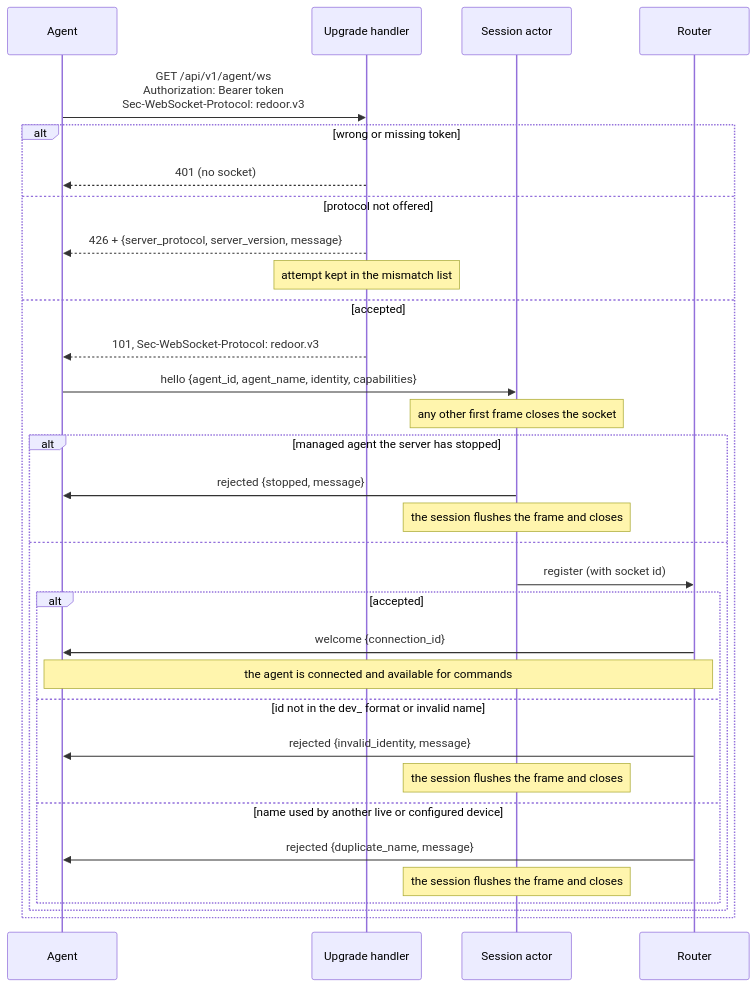
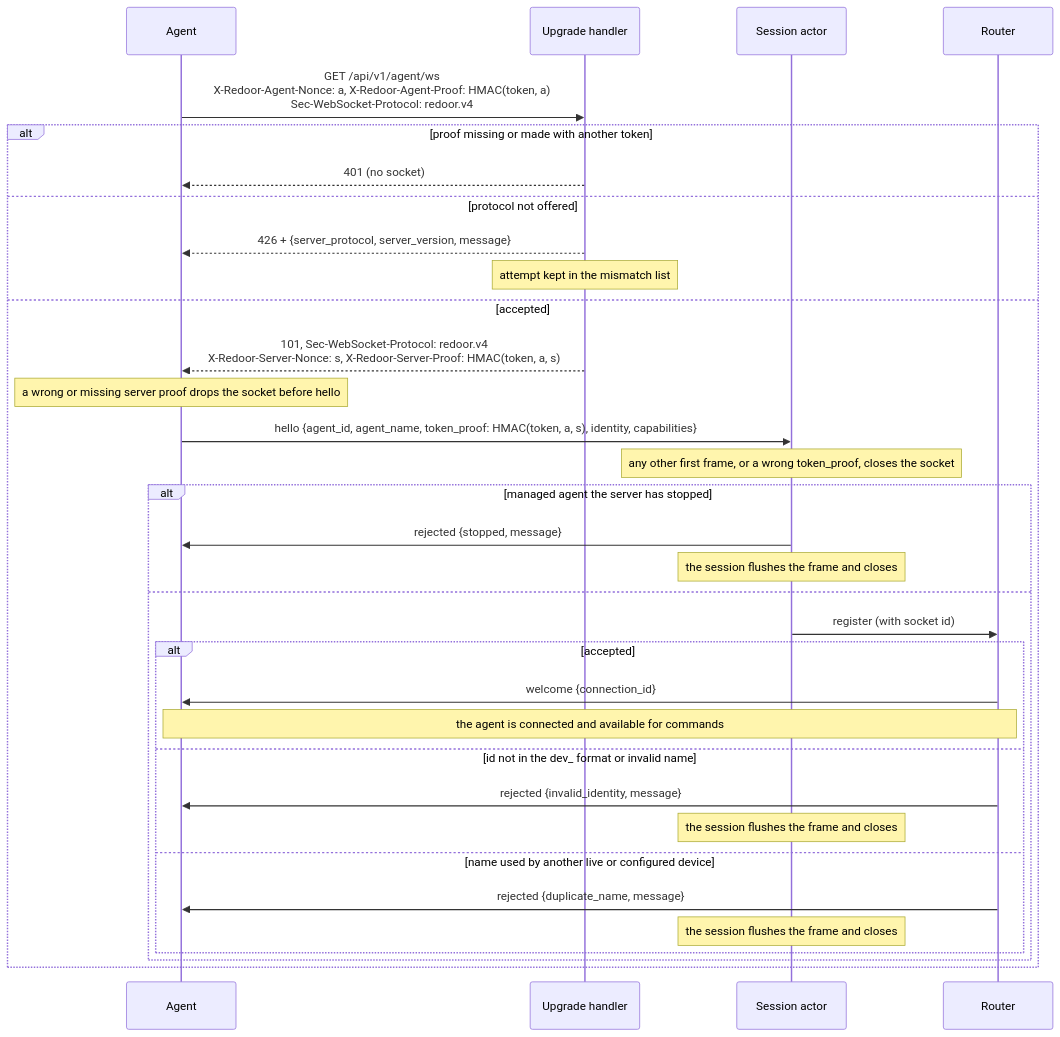
The fourth of 11 diagrams in ARCHITECTURE.md (esamattis/redoor), drawn with Mermaid before and after one commit. The commit also changed other lines of this file and 14 other files, not shown here.

````diff
--- a/ARCHITECTURE.md
+++ b/ARCHITECTURE.md
@@ -555,35 +560,36 @@
 ```mermaid
 sequenceDiagram
     participant A as Agent
     participant H as Upgrade handler
     participant S as Session actor
     participant R as Router
 
-    A->>H: GET /api/v1/agent/ws<br/>Authorization: Bearer token<br/>Sec-WebSocket-Protocol: redoor.v3
-    alt wrong or missing token
+    A->>H: GET /api/v1/agent/ws<br/>X-Redoor-Agent-Nonce: a, X-Redoor-Agent-Proof: HMAC(token, a)<br/>Sec-WebSocket-Protocol: redoor.v4
+    alt proof missing or made with another token
         H-->>A: 401 (no socket)
     else protocol not offered
         H-->>A: 426 + {server_protocol, server_version, message}
         Note over H: attempt kept in the mismatch list
     else accepted
-        H-->>A: 101, Sec-WebSocket-Protocol: redoor.v3
-        A->>S: hello {agent_id, agent_name, identity, capabilities}
-        Note over S: any other first frame closes the socket
+        H-->>A: 101, Sec-WebSocket-Protocol: redoor.v4<br/>X-Redoor-Server-Nonce: s, X-Redoor-Server-Proof: HMAC(token, a, s)
+        Note over A: a wrong or missing server proof drops the socket before hello
+        A->>S: hello {agent_id, agent_name, token_proof: HMAC(token, a, s), identity, capabilities}
+        Note over S: any other first frame, or a wrong token_proof, closes the socket
         alt managed agent the server has stopped
             S->>A: rejected {stopped, message}
             Note over S: the session flushes the frame and closes
         else
             S->>R: register (with socket id)
             alt accepted
                 R->>A: welcome {connection_id}
                 Note over A,R: the agent is connected and available for commands
             else id not in the dev_ format or invalid name
                 R->>A: rejected {invalid_identity, message}
                 Note over S: the session flushes the frame and closes
             else name used by another live or configured device
                 R->>A: rejected {duplicate_name, message}
                 Note over S: the session flushes the frame and closes
             end
         end
     end
 ```
````
